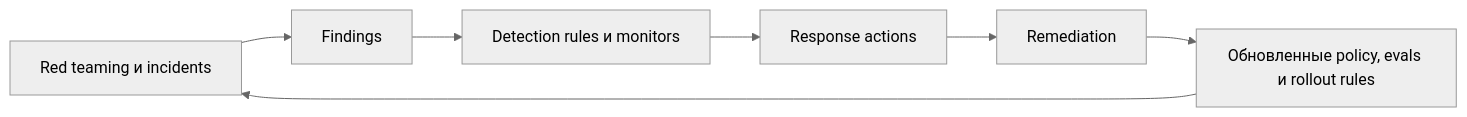
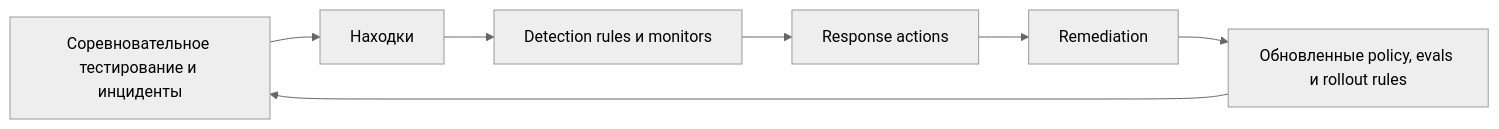
The diagram in docs/book/part-viii/chapter-21.md (agent-axiom/agent-arch), drawn with Mermaid (neutral theme) before and after one commit. The commit also changed other lines of this file and 26 other files, not shown here.

````diff
--- a/docs/book/part-viii/chapter-21.md
+++ b/docs/book/part-viii/chapter-21.md
@@ -173,9 +173,9 @@
 ``` mermaid
 flowchart LR
-    A["Red teaming и incidents"] --> B["Findings"]
+    A["Соревновательное тестирование и инциденты"] --> B["Находки"]
     B --> C["Detection rules и monitors"]
     C --> D["Response actions"]
     D --> E["Remediation"]
     E --> F["Обновленные policy, evals и rollout rules"]
     F --> A
 ```
````
